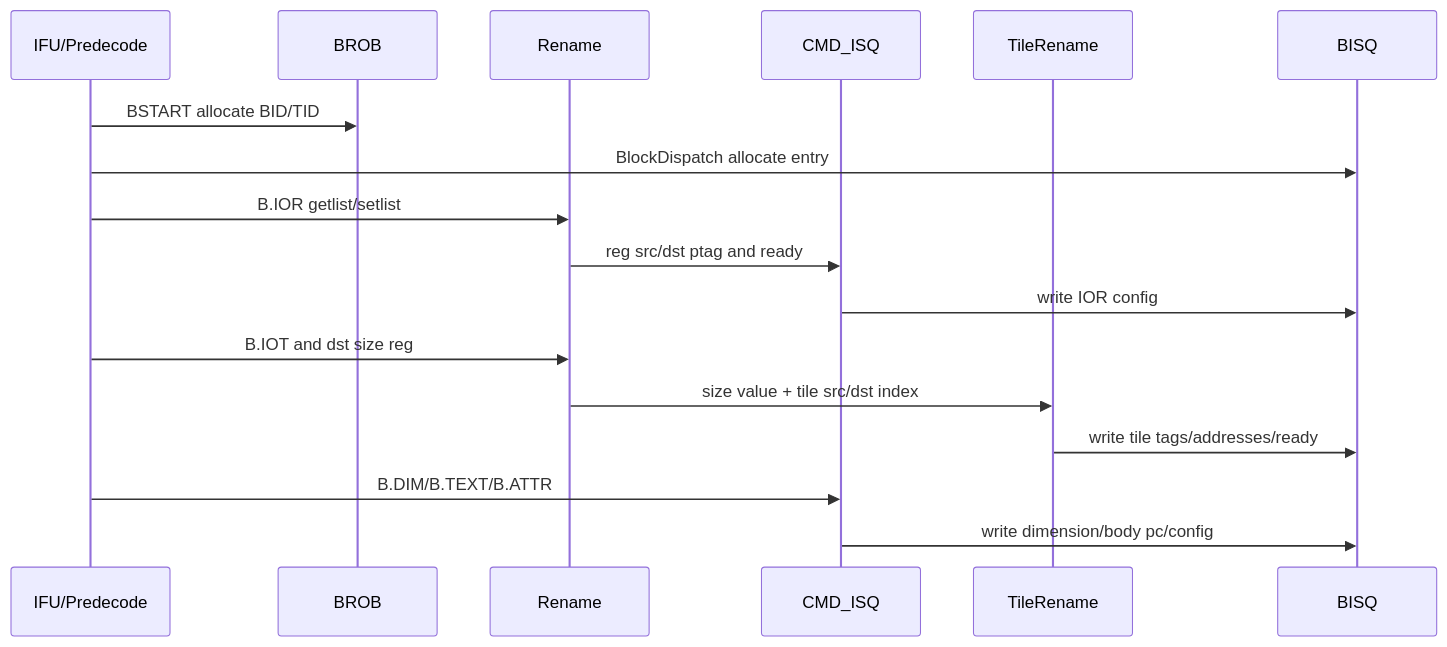
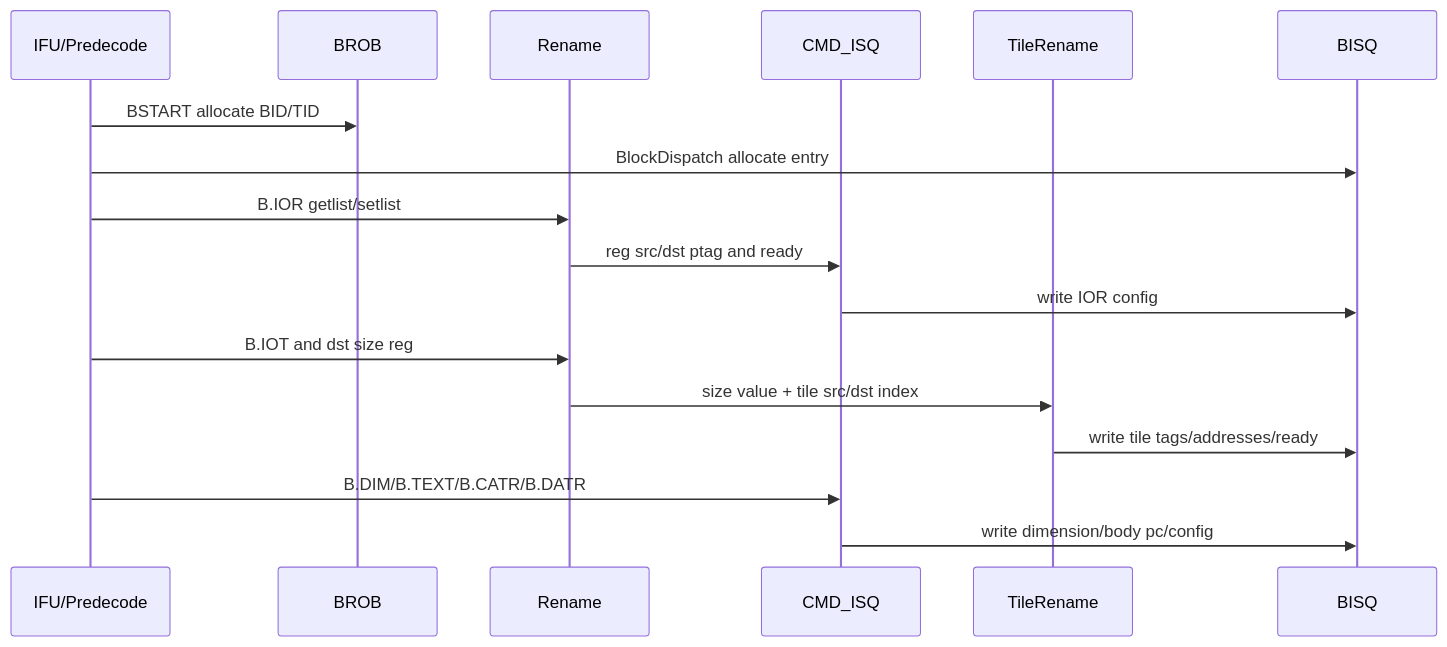
Before and after one commit to LinxISA/LinxCore: the second of 3 diagrams in docs/architecture/Janus/BCC/JCore_BCC_AS.md, drawn with Mermaid. The commit also changed other lines of this file and 71 other files, not shown here.

````diff
--- a/docs/architecture/Janus/BCC/JCore_BCC_AS.md
+++ b/docs/architecture/Janus/BCC/JCore_BCC_AS.md
@@ -245,20 +246,20 @@
 ```mermaid
 sequenceDiagram
   participant IFU as IFU/Predecode
   participant BROB as BROB
   participant REN as Rename
   participant CMD as CMD_ISQ
   participant TR as TileRename
   participant BISQ as BISQ
 
   IFU->>BROB: BSTART allocate BID/TID
   IFU->>BISQ: BlockDispatch allocate entry
   IFU->>REN: B.IOR getlist/setlist
   REN->>CMD: reg src/dst ptag and ready
   CMD->>BISQ: write IOR config
   IFU->>REN: B.IOT and dst size reg
   REN->>TR: size value + tile src/dst index
   TR->>BISQ: write tile tags/addresses/ready
-  IFU->>CMD: B.DIM/B.TEXT/B.ATTR
+  IFU->>CMD: B.DIM/B.TEXT/B.CATR/B.DATR
   CMD->>BISQ: write dimension/body pc/config
 ```
````
